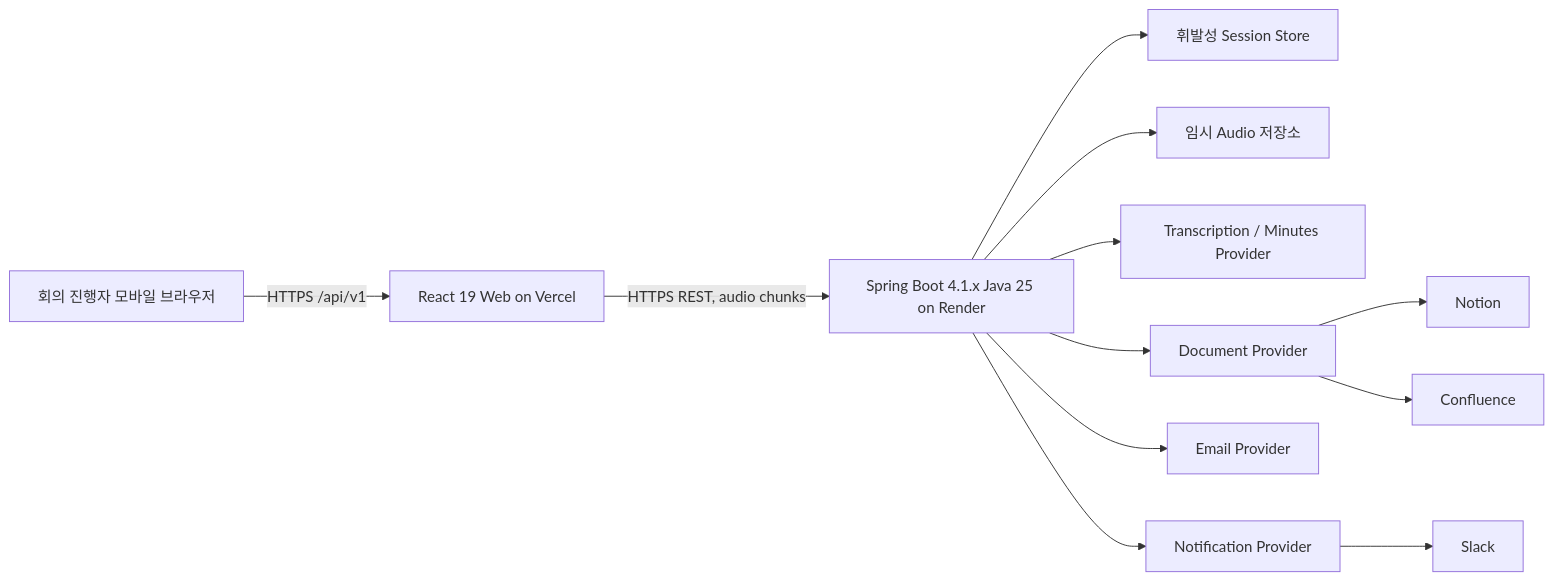
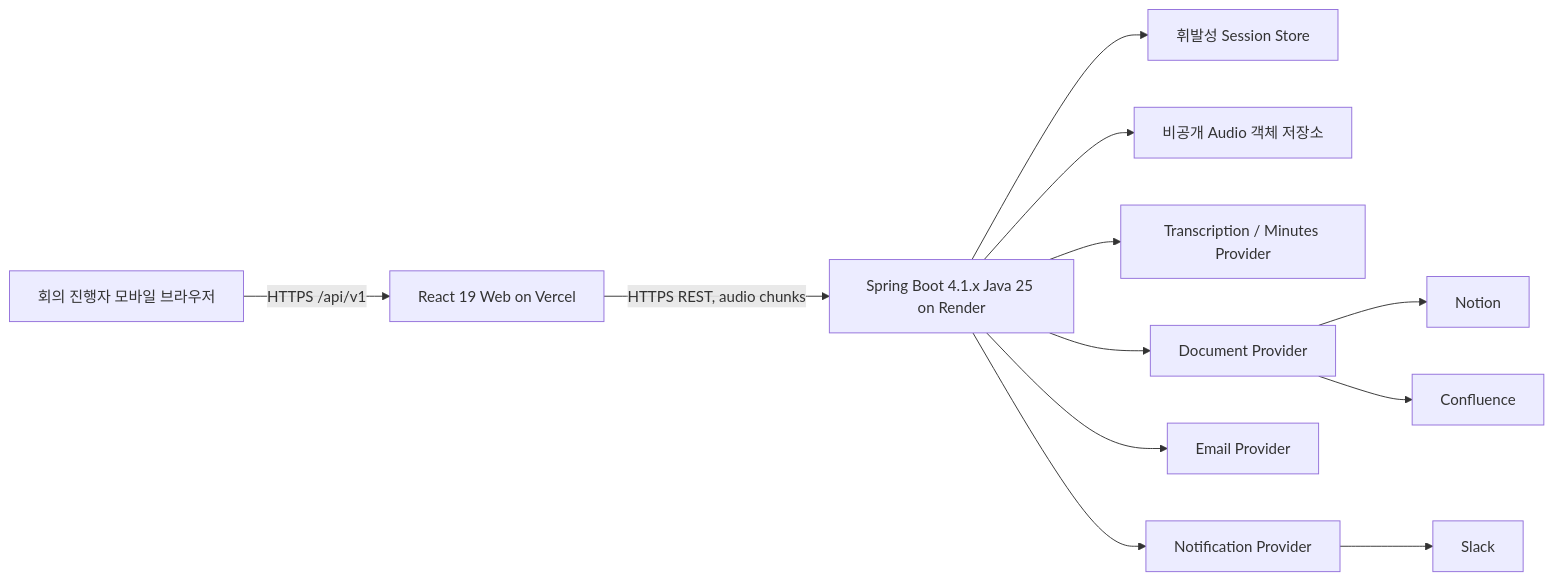
Before and after one commit to donghyunlee-dev/meeting-automation: the diagram in docs/product/architecture.md, drawn with Mermaid. The commit also changed other lines of this file and 11 other files, not shown here.

````diff
--- a/docs/product/architecture.md
+++ b/docs/product/architecture.md
@@ -18,14 +18,14 @@
 ```mermaid
 flowchart LR
   U[회의 진행자 모바일 브라우저] -->|HTTPS /api/v1| FE[React 19 Web on Vercel]
   FE -->|HTTPS REST, audio chunks| BE[Spring Boot 4.1.x Java 25 on Render]
   BE --> MEM[휘발성 Session Store]
-  BE --> TMP[임시 Audio 저장소]
+  BE --> OBJ[비공개 Audio 객체 저장소]
   BE --> AI[Transcription / Minutes Provider]
   BE --> DOC[Document Provider]
   DOC --> NOTION[Notion]
   DOC --> CONF[Confluence]
   BE --> MAIL[Email Provider]
   BE --> NOTIFY[Notification Provider]
   NOTIFY --> SLACK[Slack]
 ```
````
